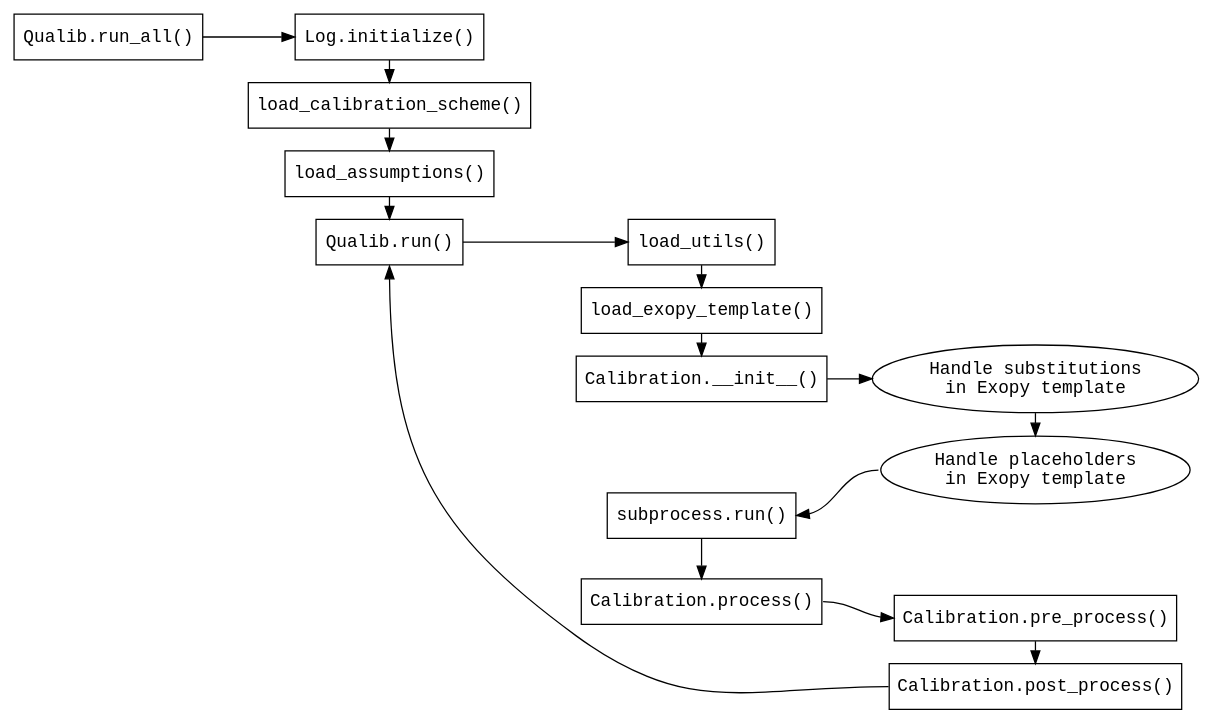
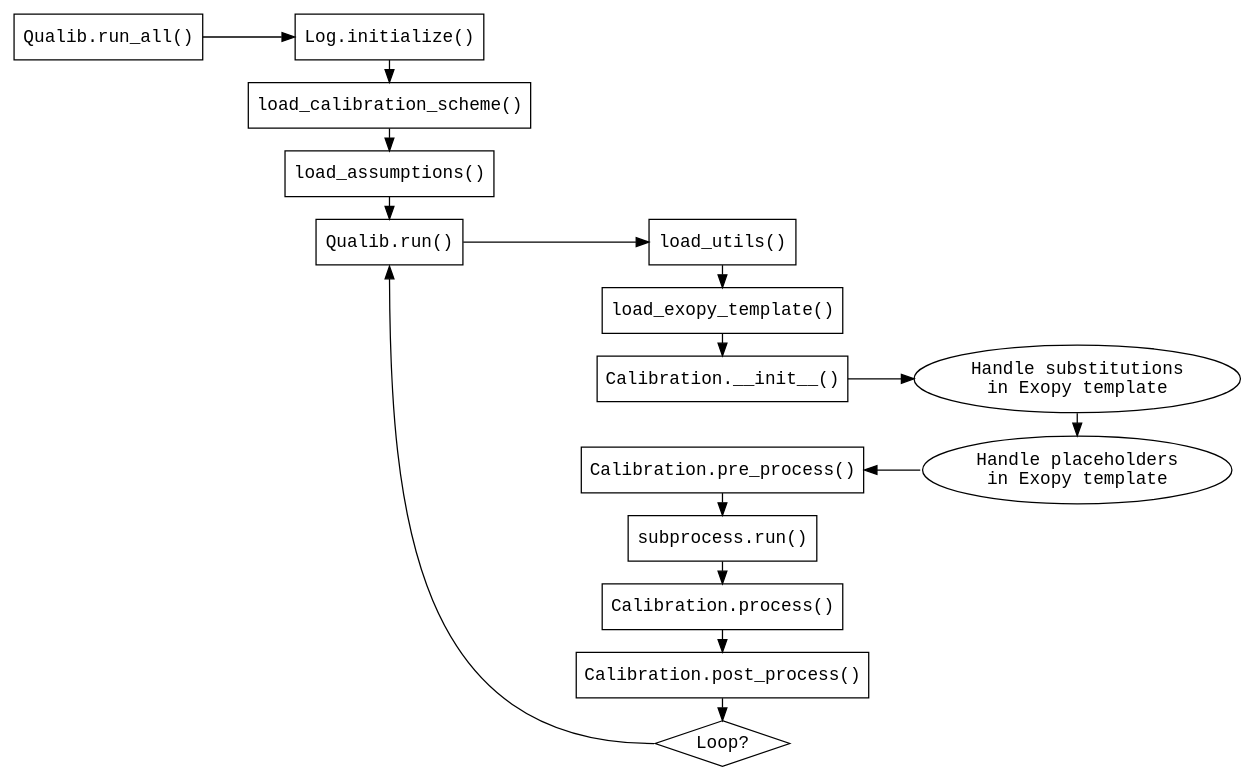
The diagram in docs/reference.rst (bastienvoirin/qualib), drawn with Graphviz before and after one commit. The commit also changed 7 other files, not shown here.

```diff
--- a/docs/reference.rst
+++ b/docs/reference.rst
@@ -48,14 +48,21 @@
             calibration [
                 label = "Calibration.__init__()";
             ];
-            a_2 [
-                style = invis;
+            pre_process [
+                label = "Calibration.pre_process()";
             ];
             subprocess [
                 label = "subprocess.run()";
             ];
             calib_process [
                 label = "Calibration.process()";
+            ];
+            post_process [
+                label = "Calibration.post_process()";
+            ];
+            loop [
+                label = "Loop?";
+                shape = diamond;
             ];
         }
         subgraph level_3 {
@@ -67,15 +74,6 @@
                 label = "Handle placeholders\nin Exopy template";
                 shape = oval;
             ];
-            a_3 [
-                style = invis;
-            ];
-            pre_process [
-                label = "Calibration.pre_process()";
-            ];
-            post_process [
-                label = "Calibration.post_process()";
-            ];
         }
         run_all -> log_init;
         log_init -> load_calib_scheme;
@@ -86,13 +84,10 @@
         load_exopy_template -> calibration;
         calibration -> calib_init_substitutions;
         calib_init_substitutions -> calib_init_placeholders;
-        calib_init_placeholders:w -> subprocess:e;
+        calib_init_placeholders:w -> pre_process:e
+        pre_process -> subprocess;
         subprocess -> calib_process;
-        calib_process:e -> pre_process:w;
-        pre_process -> post_process;
-        post_process:w -> run:s [constraint = false];
-        calib_init_placeholders -> a_3 [style = invis];
-        a_3 -> pre_process [style = invis];
-        calibration -> a_2 [style = invis];
-        a_2 -> subprocess [style = invis];
+        calib_process -> post_process;
+        post_process -> loop;
+        loop:w -> run:s [constraint = false];
     }
```
